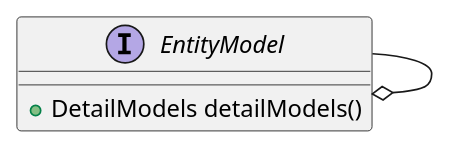
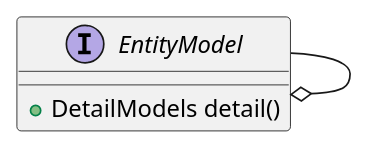
One commit to codion-is/codion changed the second of 2 diagrams in documentation/src/docs/asciidoc/manual/framework-entity-model.adoc. Above: the diagram before and after it, drawn with PlantUML. The commit also changed 53 other files, not shown here.

Commit message:
EntityModel.detailModels() renamed detail() EntityPanel.detailPanels() renamed detail()

```diff
--- a/documentation/src/docs/asciidoc/manual/framework-entity-model.adoc
+++ b/documentation/src/docs/asciidoc/manual/framework-entity-model.adoc
@@ -43,8 +43,8 @@
 [plantuml,entity-detail-model-diagram,svg,align=center]
 -------------------------------------------
 interface EntityModel {
-    +DetailModels detailModels()
+    +DetailModels detail()
 }
 
 EntityModel --o EntityModel
 -------------------------------------------
```
